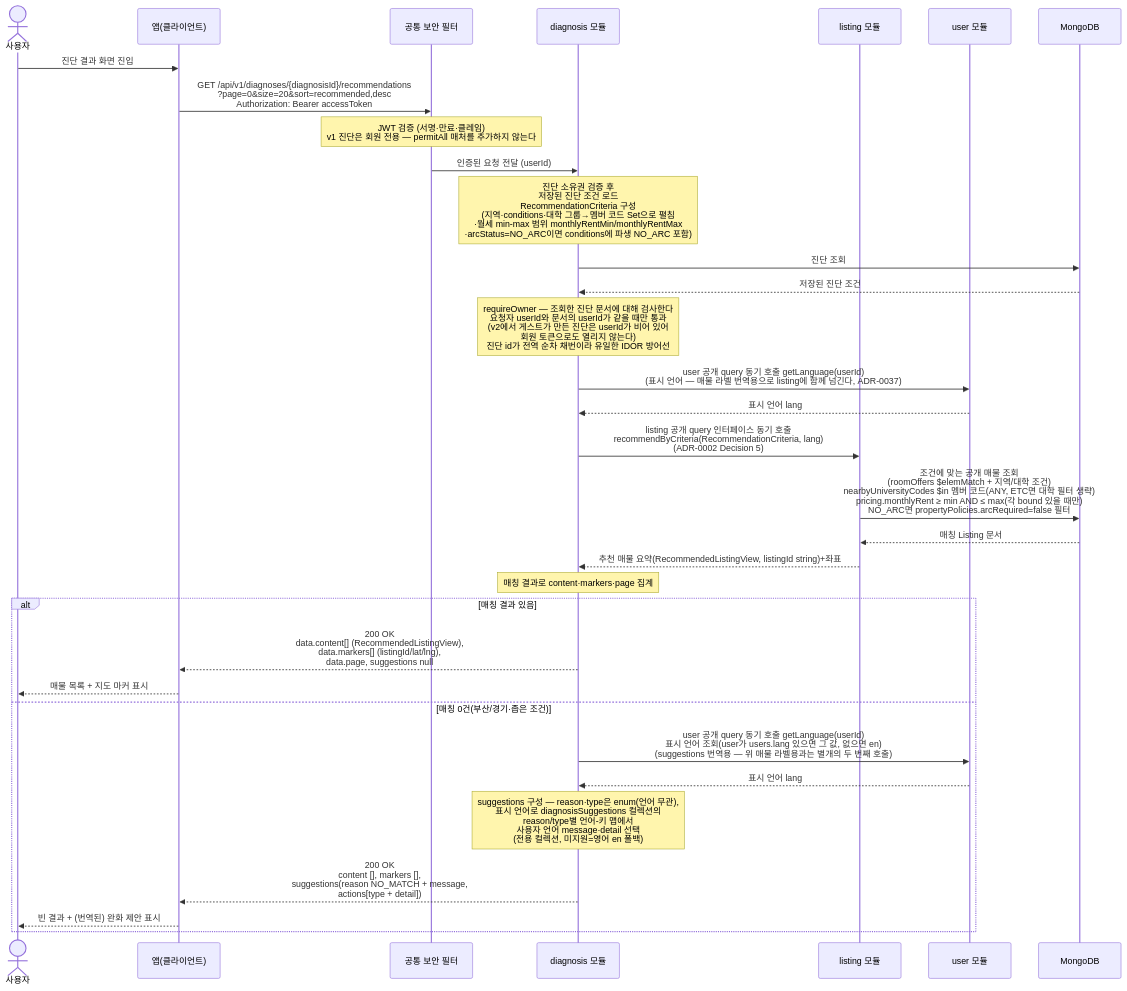
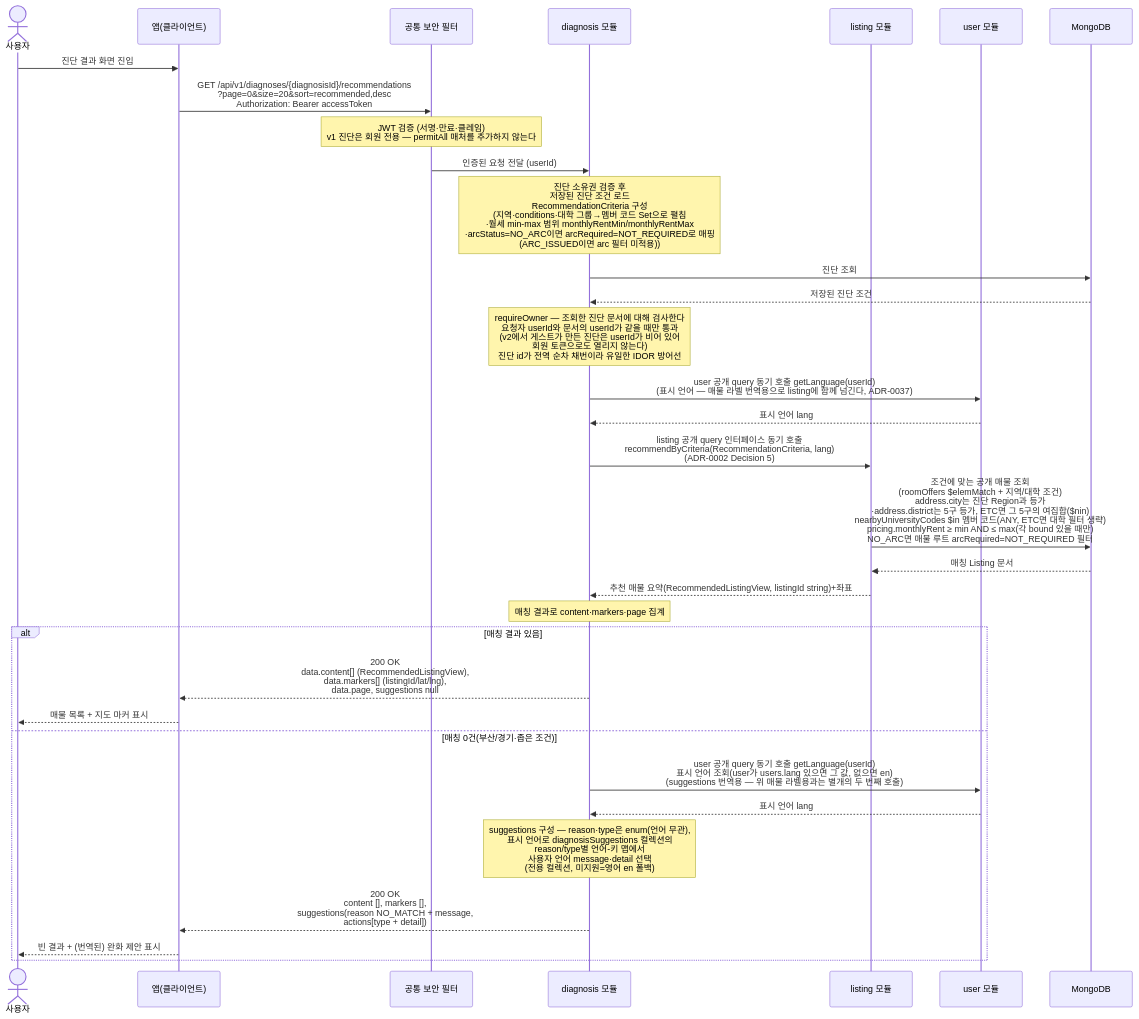
Before and after one commit to jameskim9509/Kohere-backend: the diagram in docs/architecture/sequence-diagrams/02-diagnosis-recommendation/us-2-2-recommendations.md, drawn with Mermaid. The commit also changed other lines of this file and 210 other files, not shown here.

````diff
--- a/docs/architecture/sequence-diagrams/02-diagnosis-recommendation/us-2-2-recommendations.md
+++ b/docs/architecture/sequence-diagrams/02-diagnosis-recommendation/us-2-2-recommendations.md
@@ -5,36 +5,36 @@
 ```mermaid
 sequenceDiagram
     actor U as 사용자
     participant C as 앱(클라이언트)
     participant SEC as 공통 보안 필터
     participant DIAG as diagnosis 모듈
     participant LIST as listing 모듈
     participant USER as user 모듈
     participant DB as MongoDB
 
     U->>C: 진단 결과 화면 진입
     C->>SEC: GET /api/v1/diagnoses/{diagnosisId}/recommendations<br/>?page=0&size=20&sort=recommended,desc<br/>Authorization: Bearer accessToken
     Note over SEC: JWT 검증 (서명·만료·클레임)<br/>v1 진단은 회원 전용 — permitAll 매처를 추가하지 않는다
     SEC->>DIAG: 인증된 요청 전달 (userId)
-    Note over DIAG: 진단 소유권 검증 후<br/>저장된 진단 조건 로드<br/>RecommendationCriteria 구성<br/>(지역·conditions·대학 그룹→멤버 코드 Set으로 펼침<br/>·월세 min-max 범위 monthlyRentMin/monthlyRentMax<br/>·arcStatus=NO_ARC이면 conditions에 파생 NO_ARC 포함)
+    Note over DIAG: 진단 소유권 검증 후<br/>저장된 진단 조건 로드<br/>RecommendationCriteria 구성<br/>(지역·conditions·대학 그룹→멤버 코드 Set으로 펼침<br/>·월세 min-max 범위 monthlyRentMin/monthlyRentMax<br/>·arcStatus=NO_ARC이면 arcRequired=NOT_REQUIRED로 매핑<br/>(ARC_ISSUED이면 arc 필터 미적용))
     DIAG->>DB: 진단 조회
     DB-->>DIAG: 저장된 진단 조건
     Note over DIAG: requireOwner — 조회한 진단 문서에 대해 검사한다<br/>요청자 userId와 문서의 userId가 같을 때만 통과<br/>(v2에서 게스트가 만든 진단은 userId가 비어 있어<br/>회원 토큰으로도 열리지 않는다)<br/>진단 id가 전역 순차 채번이라 유일한 IDOR 방어선
     DIAG->>USER: user 공개 query 동기 호출 getLanguage(userId)<br/>(표시 언어 — 매물 라벨 번역용으로 listing에 함께 넘긴다, ADR-0037)
     USER-->>DIAG: 표시 언어 lang
     DIAG->>LIST: listing 공개 query 인터페이스 동기 호출<br/>recommendByCriteria(RecommendationCriteria, lang)<br/>(ADR-0002 Decision 5)
-    LIST->>DB: 조건에 맞는 공개 매물 조회<br/>(roomOffers $elemMatch + 지역/대학 조건)<br/>nearbyUniversityCodes $in 멤버 코드(ANY, ETC면 대학 필터 생략)<br/>pricing.monthlyRent ≥ min AND ≤ max(각 bound 있을 때만)<br/>NO_ARC면 propertyPolicies.arcRequired=false 필터
+    LIST->>DB: 조건에 맞는 공개 매물 조회<br/>(roomOffers $elemMatch + 지역/대학 조건)<br/>address.city는 진단 Region과 등가<br/>·address.district는 5구 등가, ETC면 그 5구의 여집합($nin)<br/>nearbyUniversityCodes $in 멤버 코드(ANY, ETC면 대학 필터 생략)<br/>pricing.monthlyRent ≥ min AND ≤ max(각 bound 있을 때만)<br/>NO_ARC면 매물 루트 arcRequired=NOT_REQUIRED 필터
     DB-->>LIST: 매칭 Listing 문서
     LIST-->>DIAG: 추천 매물 요약(RecommendedListingView, listingId string)+좌표
     Note over DIAG: 매칭 결과로 content·markers·page 집계
     alt 매칭 결과 있음
         DIAG-->>C: 200 OK<br/>data.content[] (RecommendedListingView),<br/>data.markers[] (listingId/lat/lng),<br/>data.page, suggestions null
         C-->>U: 매물 목록 + 지도 마커 표시
     else 매칭 0건(부산/경기·좁은 조건)
         DIAG->>USER: user 공개 query 동기 호출 getLanguage(userId)<br/>표시 언어 조회(user가 users.lang 있으면 그 값, 없으면 en)<br/>(suggestions 번역용 — 위 매물 라벨용과는 별개의 두 번째 호출)
         USER-->>DIAG: 표시 언어 lang
         Note over DIAG: suggestions 구성 — reason·type은 enum(언어 무관),<br/>표시 언어로 diagnosisSuggestions 컬렉션의<br/>reason/type별 언어-키 맵에서<br/>사용자 언어 message·detail 선택<br/>(전용 컬렉션, 미지원=영어 en 폴백)
         DIAG-->>C: 200 OK<br/>content [], markers [],<br/>suggestions(reason NO_MATCH + message,<br/>actions[type + detail])
         C-->>U: 빈 결과 + (번역된) 완화 제안 표시
     end
 ```
````
